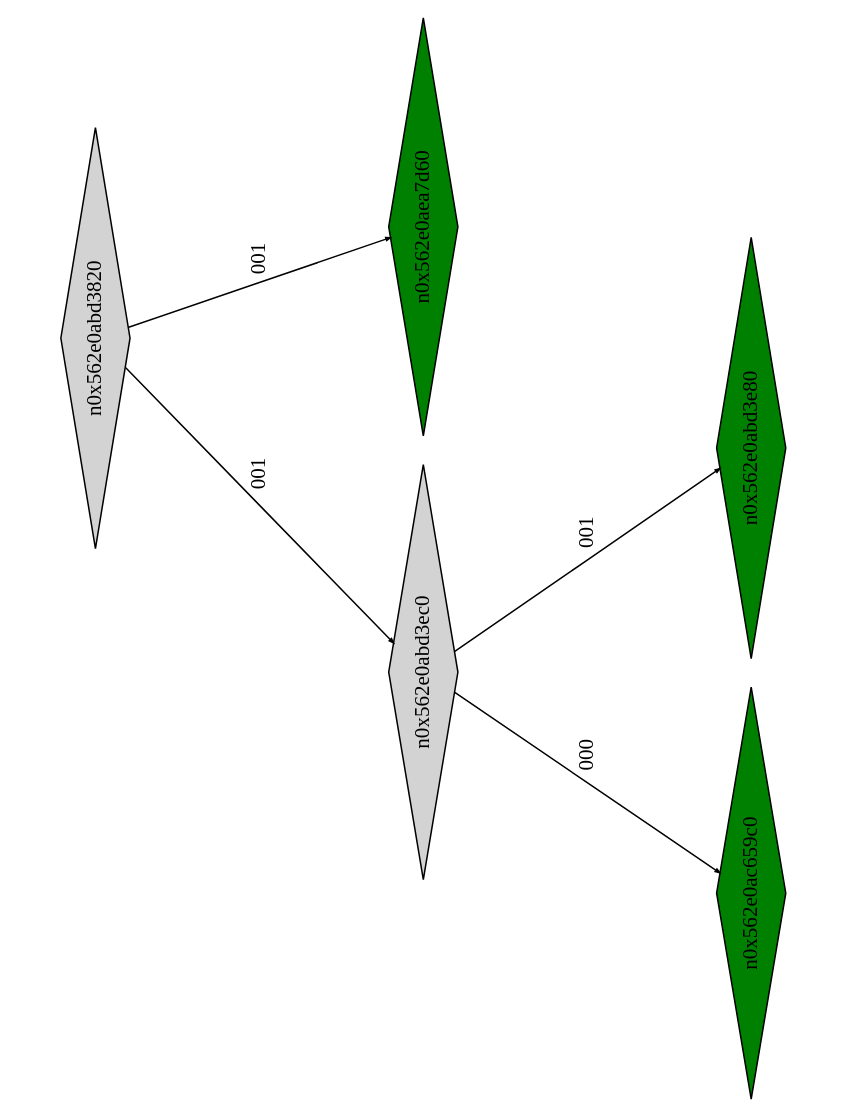
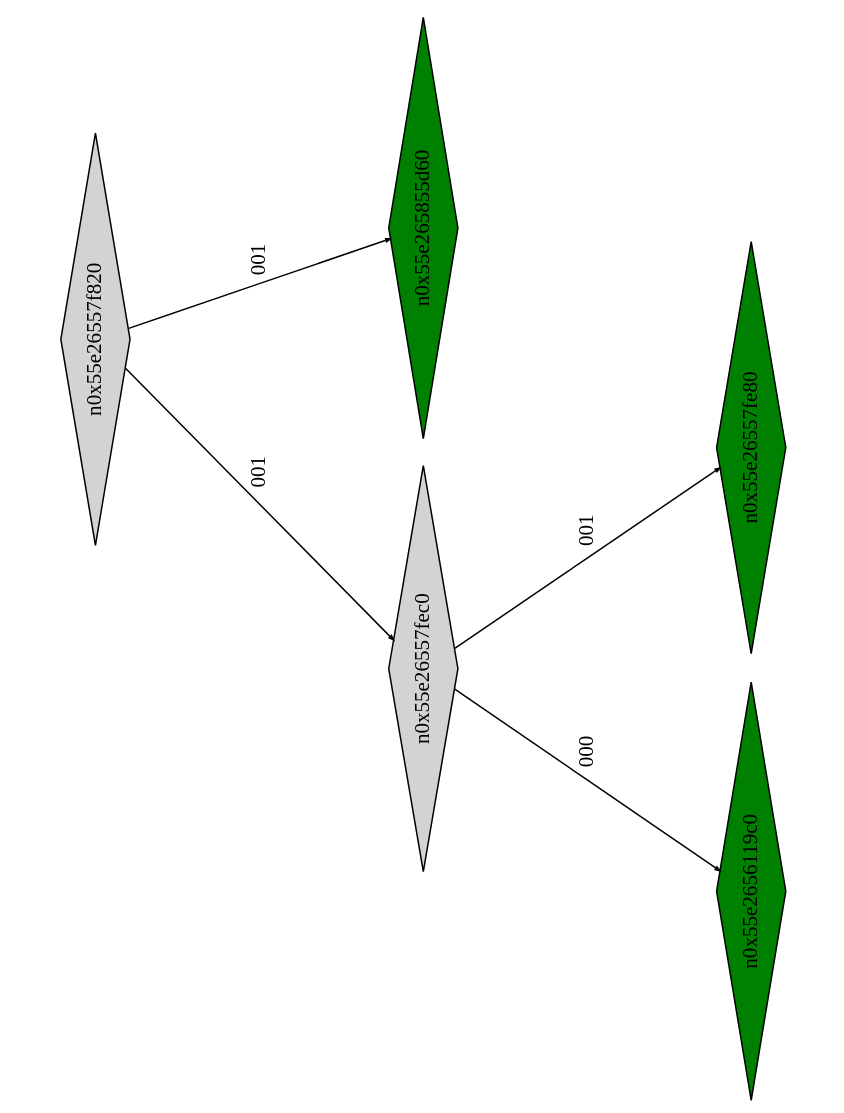
Before and after one commit to Research-Tools-PAVT/PSE-Program-Examples: the diagram in example2_klee_out/ptree_00000123.dot, drawn with Graphviz. The commit also changed 42 other files, not shown here.

```diff
--- a/example2_klee_out/ptree_00000123.dot
+++ b/example2_klee_out/ptree_00000123.dot
@@ -1,17 +1,17 @@
 digraph G {
 	size="10,7.5";
 	ratio=fill;
 	rotate=90;
 	center = "true";
 	node [style="filled",width=.1,height=.1,fontname="Terminus"]
 	edge [arrowsize=.3]
-	n0x562e0abd3820 [shape=diamond];
-	n0x562e0abd3820 -> n0x562e0abd3ec0 [label=001];
-	n0x562e0abd3820 -> n0x562e0aea7d60 [label=001];
-	n0x562e0aea7d60 [shape=diamond,fillcolor=green];
-	n0x562e0abd3ec0 [shape=diamond];
-	n0x562e0abd3ec0 -> n0x562e0ac659c0 [label=000];
-	n0x562e0abd3ec0 -> n0x562e0abd3e80 [label=001];
-	n0x562e0abd3e80 [shape=diamond,fillcolor=green];
-	n0x562e0ac659c0 [shape=diamond,fillcolor=green];
+	n0x55e26557f820 [shape=diamond];
+	n0x55e26557f820 -> n0x55e26557fec0 [label=001];
+	n0x55e26557f820 -> n0x55e265855d60 [label=001];
+	n0x55e265855d60 [shape=diamond,fillcolor=green];
+	n0x55e26557fec0 [shape=diamond];
+	n0x55e26557fec0 -> n0x55e2656119c0 [label=000];
+	n0x55e26557fec0 -> n0x55e26557fe80 [label=001];
+	n0x55e26557fe80 [shape=diamond,fillcolor=green];
+	n0x55e2656119c0 [shape=diamond,fillcolor=green];
 }
```
